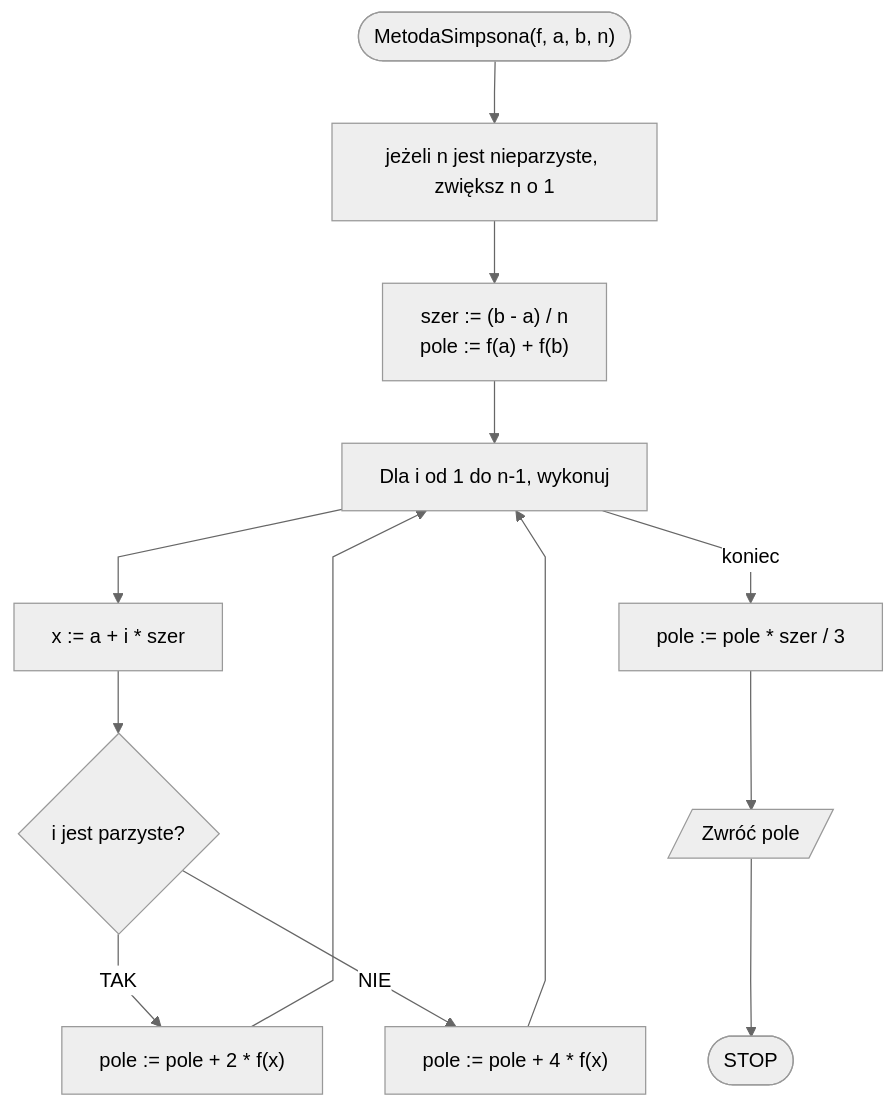
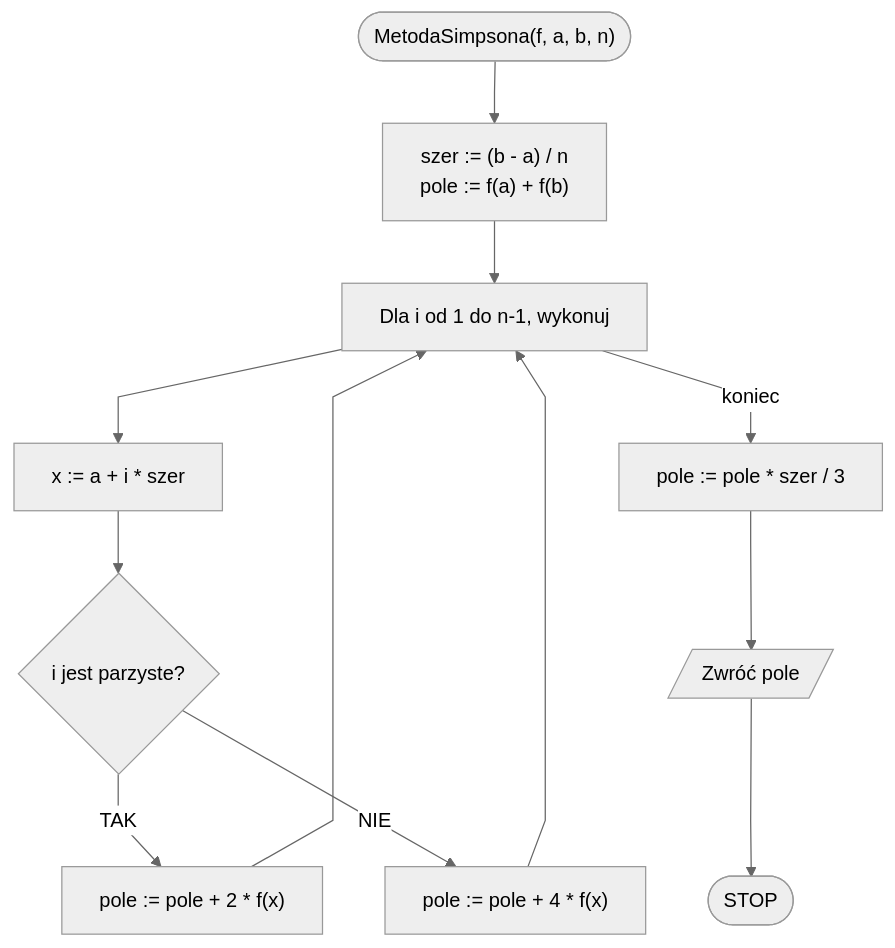
Before and after one commit to blackbat13/edu-cs-htiew-pl: the diagram in docs/algorithms/numerical-methods/simpson-integration.md, drawn with Mermaid. The commit also changed other lines of this file, not shown here.

````diff
--- a/docs/algorithms/numerical-methods/simpson-integration.md
+++ b/docs/algorithms/numerical-methods/simpson-integration.md
@@ -70,17 +70,16 @@
 ```mermaid
 %%{init: {"flowchart": {"curve": "linear"}, "theme": "neutral"} }%%
 flowchart TD
-    START(["MetodaSimpsona(f, a, b, n)"]) --> K1["jeżeli n jest nieparzyste, zwiększ n o 1"]
-    K1 --> K2["szer := (b - a) / n
+    START(["MetodaSimpsona(f, a, b, n)"]) --> K2["szer := (b - a) / n
     pole := f(a) + f(b)"]
     K2 --> K4["Dla i od 1 do n-1, wykonuj"]
     K4 --> K5["x := a + i * szer"]
     K5 --> K6{"i jest parzyste?"}
     K6 -- TAK --> K7["pole := pole + 2 * f(x)"]
     K6 -- NIE --> K8["pole := pole + 4 * f(x)"]
     K7 --> K4
     K8 --> K4
     K4 -->|koniec| K9["pole := pole * szer / 3"]
     K9 --> K10[/Zwróć pole/]
     K10 --> STOP([STOP])
 ```
````
